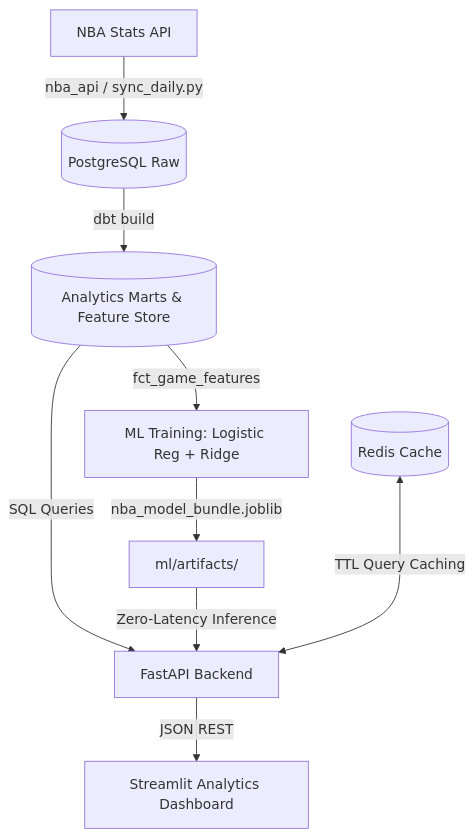
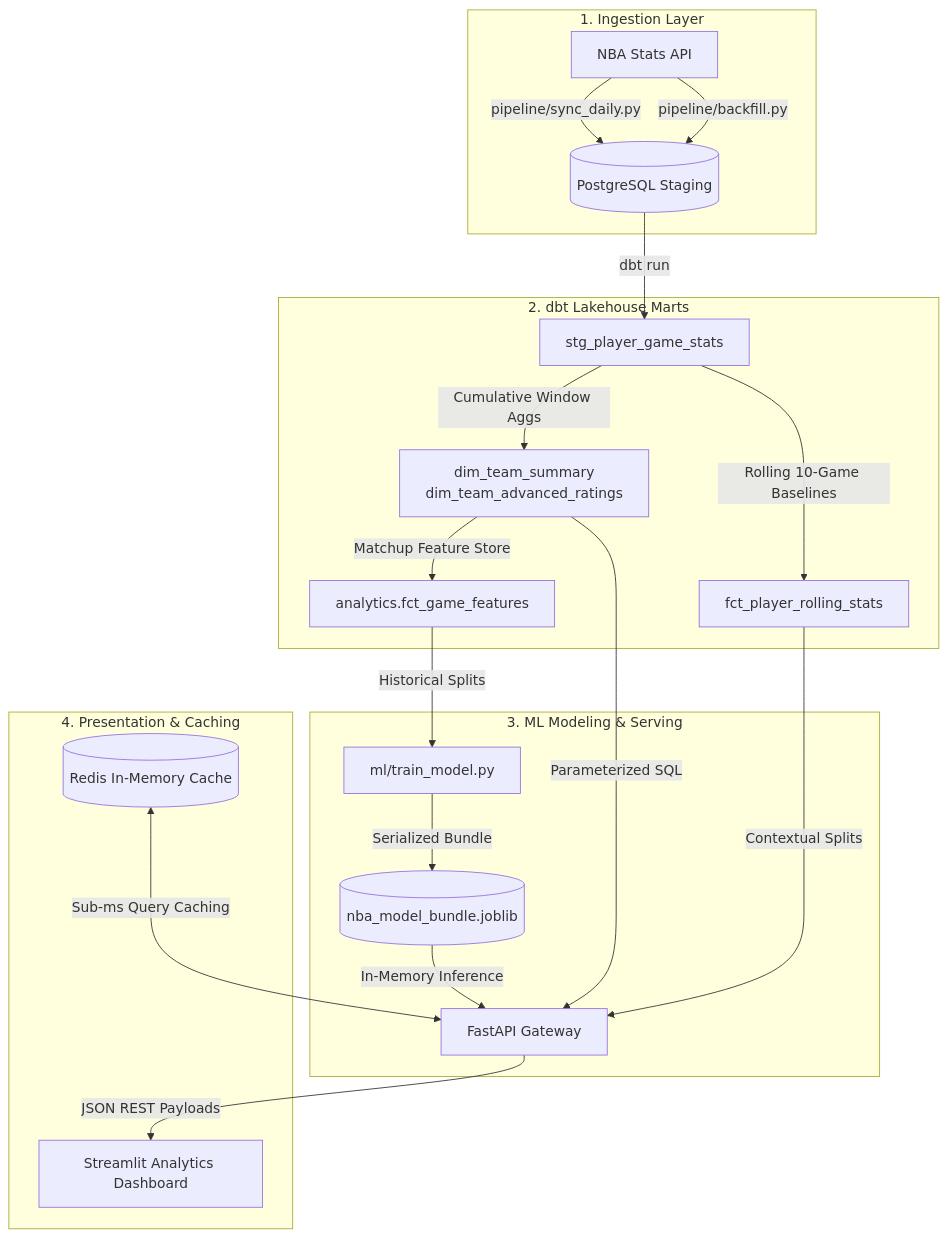
Before and after one commit to WilliamZ07/nba-analytics-engine: the diagram in README.md, drawn with Mermaid. The commit also changed other lines of this file, not shown here.

````diff
--- a/README.md
+++ b/README.md
@@ -9,11 +16,27 @@
 ```mermaid
 flowchart TD
-    NBA[NBA Stats API] -->|nba_api / sync_daily.py| RAW[(PostgreSQL Raw)]
-    RAW -->|dbt build| MARTS[(Analytics Marts & Feature Store)]
-    MARTS -->|fct_game_features| ML[ML Training: Logistic Reg + Ridge]
-    ML -->|nba_model_bundle.joblib| ARTIFACTS[ml/artifacts/]
-    MARTS -->|SQL Queries| API[FastAPI Backend]
-    ARTIFACTS -->|Zero-Latency Inference| API
-    REDIS[(Redis Cache)] <--->|TTL Query Caching| API
-    API -->|JSON REST| UI[Streamlit Analytics Dashboard]
+    subgraph Ingestion ["1. Ingestion Layer"]
+        NBA[NBA Stats API] -->|pipeline/sync_daily.py| RAW[(PostgreSQL Staging)]
+        NBA -->|pipeline/backfill.py| RAW
+    end
+
+    subgraph Transformation ["2. dbt Lakehouse Marts"]
+        RAW -->|dbt run| STG[stg_player_game_stats]
+        STG -->|Cumulative Window Aggs| MARTS_TEAM[dim_team_summary<br/>dim_team_advanced_ratings]
+        STG -->|Rolling 10-Game Baselines| MARTS_PLAYER[fct_player_rolling_stats]
+        MARTS_TEAM -->|Matchup Feature Store| MART_ML[analytics.fct_game_features]
+    end
+
+    subgraph MachineLearning ["3. ML Modeling & Serving"]
+        MART_ML -->|Historical Splits| TRAIN[ml/train_model.py]
+        TRAIN -->|Serialized Bundle| BUNDLE[(nba_model_bundle.joblib)]
+        BUNDLE -->|In-Memory Inference| API[FastAPI Gateway]
+        MARTS_TEAM -->|Parameterized SQL| API
+        MARTS_PLAYER -->|Contextual Splits| API
+    end
+
+    subgraph Serving ["4. Presentation & Caching"]
+        REDIS[(Redis In-Memory Cache)] <--->|Sub-ms Query Caching| API
+        API -->|JSON REST Payloads| UI[Streamlit Analytics Dashboard]
+    end
 ```
````
